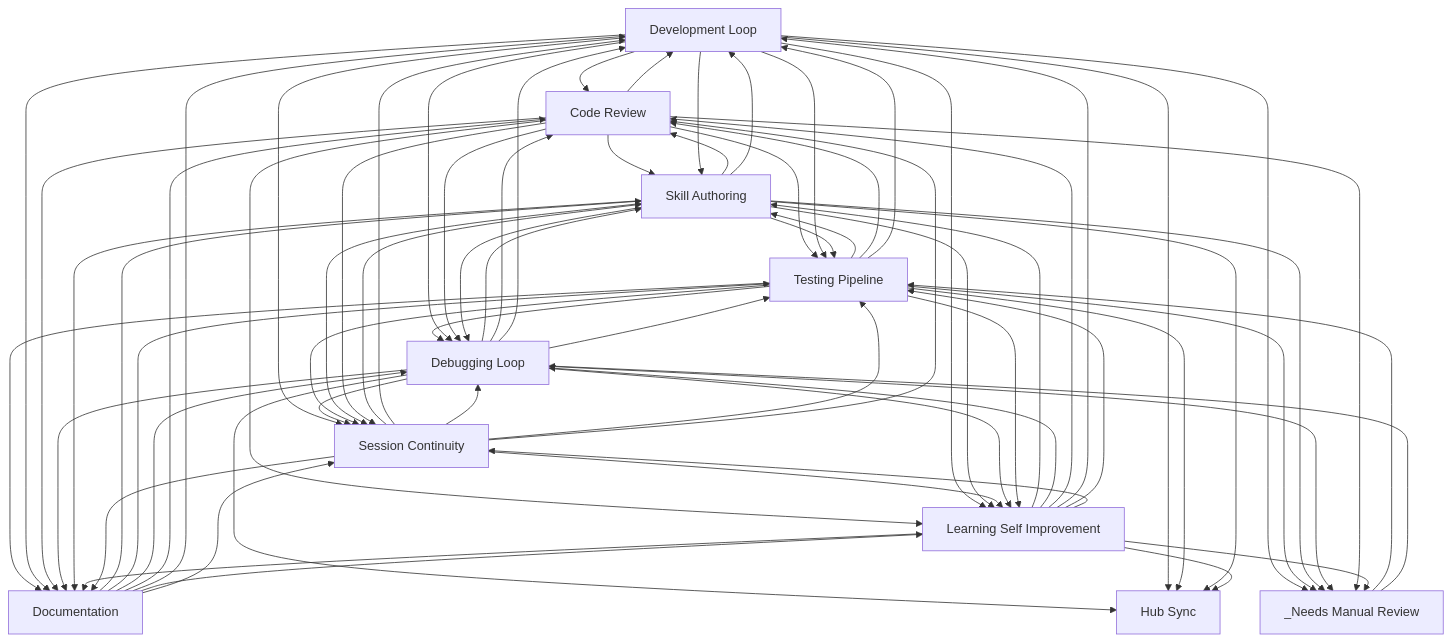
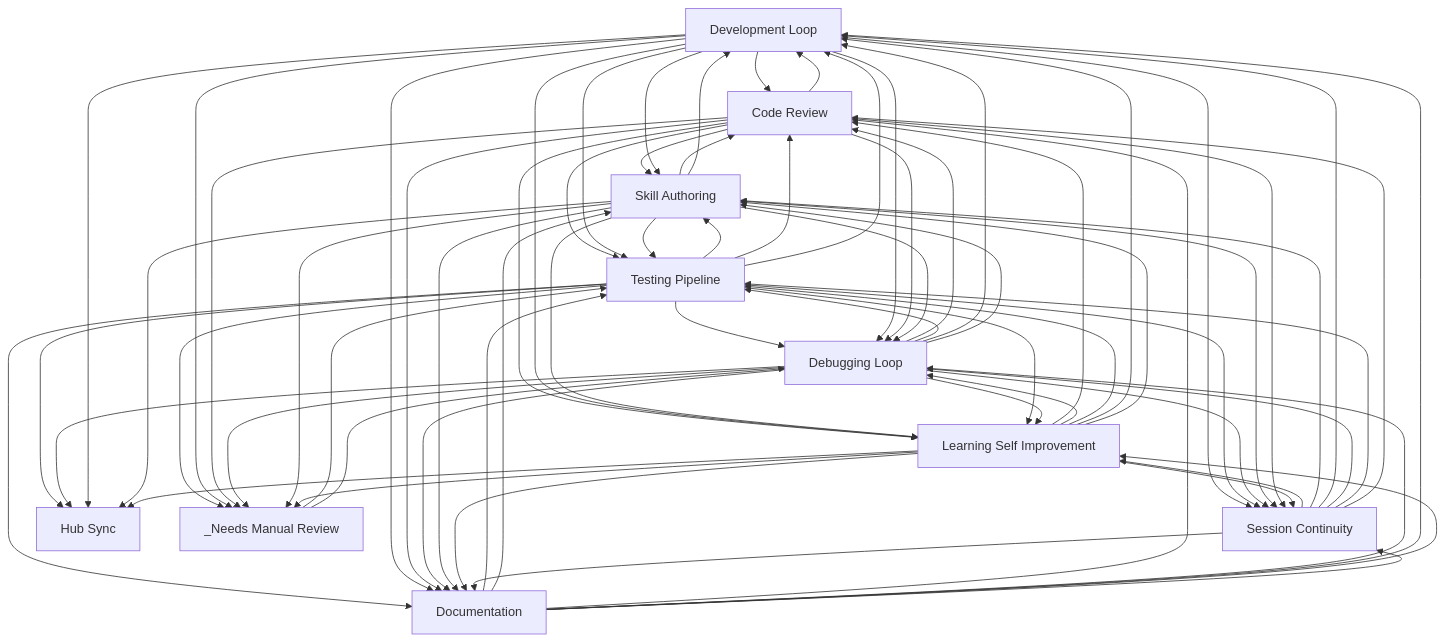
The diagram in docs/workflows/INDEX.md (abhayla/claude-best-practices), drawn with Mermaid before and after one commit. The commit also changed other lines of this file and 12 other files, not shown here.

````diff
--- a/docs/workflows/INDEX.md
+++ b/docs/workflows/INDEX.md
@@ -22,82 +22,82 @@
 ```mermaid
 graph TD
     development_loop[Development Loop]
     testing_pipeline[Testing Pipeline]
     debugging_loop[Debugging Loop]
     learning_self_improvement[Learning Self Improvement]
     session_continuity[Session Continuity]
     skill_authoring[Skill Authoring]
     code_review[Code Review]
     documentation[Documentation]
     hub_sync[Hub Sync]
     _needs_manual_review[_Needs Manual Review]
+    documentation --> testing_pipeline
     documentation --> skill_authoring
-    documentation --> testing_pipeline
     code_review --> skill_authoring
     code_review --> development_loop
     development_loop --> code_review
     development_loop --> skill_authoring
+    code_review --> testing_pipeline
     code_review --> learning_self_improvement
-    code_review --> testing_pipeline
+    development_loop --> testing_pipeline
     development_loop --> learning_self_improvement
-    development_loop --> testing_pipeline
+    testing_pipeline --> skill_authoring
     skill_authoring --> testing_pipeline
-    testing_pipeline --> skill_authoring
+    testing_pipeline --> code_review
     testing_pipeline --> debugging_loop
-    testing_pipeline --> code_review
     testing_pipeline --> development_loop
     testing_pipeline --> documentation
+    debugging_loop --> code_review
+    debugging_loop --> testing_pipeline
+    debugging_loop --> development_loop
     debugging_loop --> skill_authoring
-    debugging_loop --> code_review
-    debugging_loop --> development_loop
-    debugging_loop --> testing_pipeline
     development_loop --> debugging_loop
     development_loop --> documentation
     skill_authoring --> code_review
     skill_authoring --> development_loop
     skill_authoring --> learning_self_improvement
+    testing_pipeline --> _needs_manual_review
     development_loop --> _needs_manual_review
-    testing_pipeline --> _needs_manual_review
     code_review --> debugging_loop
+    documentation --> code_review
     documentation --> debugging_loop
-    documentation --> code_review
     documentation --> development_loop
     code_review --> documentation
+    session_continuity --> learning_self_improvement
     development_loop --> session_continuity
-    session_continuity --> learning_self_improvement
     _needs_manual_review --> testing_pipeline
+    testing_pipeline --> learning_self_improvement
+    testing_pipeline --> session_continuity
+    debugging_loop --> learning_self_improvement
     debugging_loop --> session_continuity
-    debugging_loop --> learning_self_improvement
-    testing_pipeline --> session_continuity
-    testing_pipeline --> learning_self_improvement
     debugging_loop --> documentation
     documentation --> learning_self_improvement
     skill_authoring --> session_continuity
     skill_authoring --> debugging_loop
     _needs_manual_review --> debugging_loop
+    learning_self_improvement --> code_review
+    learning_self_improvement --> debugging_loop
+    learning_self_improvement --> testing_pipeline
+    learning_self_improvement --> development_loop
     learning_self_improvement --> skill_authoring
-    learning_self_improvement --> debugging_loop
-    learning_self_improvement --> code_review
-    learning_self_improvement --> development_loop
-    learning_self_improvement --> testing_pipeline
+    code_review --> _needs_manual_review
+    debugging_loop --> _needs_manual_review
     skill_authoring --> _needs_manual_review
-    debugging_loop --> _needs_manual_review
-    code_review --> _needs_manual_review
     skill_authoring --> documentation
+    code_review --> session_continuity
     learning_self_improvement --> session_continuity
-    code_review --> session_continuity
     session_continuity --> skill_authoring
     learning_self_improvement --> documentation
     session_continuity --> development_loop
     session_continuity --> debugging_loop
     session_continuity --> testing_pipeline
     session_continuity --> code_review
     session_continuity --> documentation
+    testing_pipeline --> hub_sync
     debugging_loop --> hub_sync
     development_loop --> hub_sync
-    testing_pipeline --> hub_sync
     skill_authoring --> hub_sync
     learning_self_improvement --> hub_sync
     learning_self_improvement --> _needs_manual_review
     documentation --> session_continuity
 ```
````
